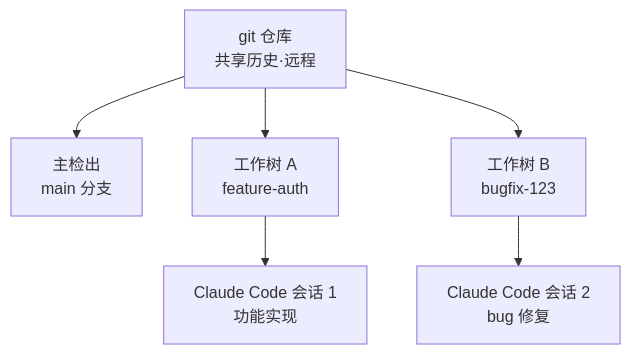
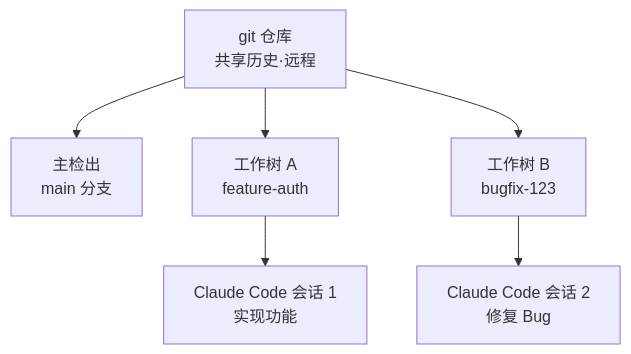
Before and after one commit to modu-ai/moai-adk: the diagram in docs-site/content/zh/claude-code/agentic/worktrees.md, drawn with Mermaid. The commit also changed other lines of this file and 395 other files, not shown here.

````diff
--- a/docs-site/content/zh/claude-code/agentic/worktrees.md
+++ b/docs-site/content/zh/claude-code/agentic/worktrees.md
@@ -40,9 +40,9 @@
 ```mermaid
 flowchart TD
     Repo[git 仓库<br/>共享历史·远程]
     Repo --> Main[主检出<br/>main 分支]
     Repo --> WT1[工作树 A<br/>feature-auth]
     Repo --> WT2[工作树 B<br/>bugfix-123]
-    WT1 --> S1[Claude Code 会话 1<br/>功能实现]
-    WT2 --> S2[Claude Code 会话 2<br/>bug 修复]
+    WT1 --> S1[Claude Code 会话 1<br/>实现功能]
+    WT2 --> S2[Claude Code 会话 2<br/>修复 Bug]
 ```
````
